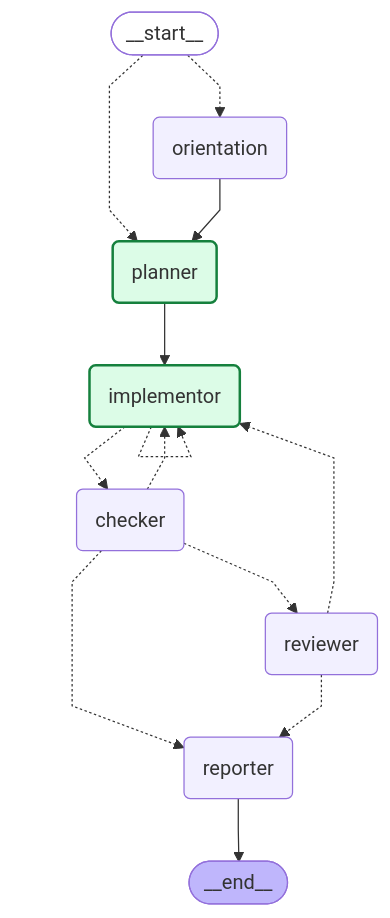
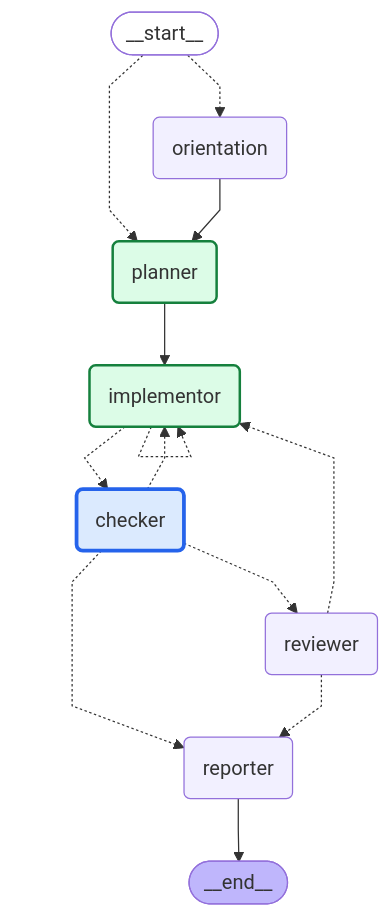
The diagram in runs/20260809-093247-e17260/graph.mmd (daniell0gda/hermes-feature-check-dashboard), drawn with Mermaid before and after one commit. The commit also changed 5 other files, not shown here.

```diff
--- a/runs/20260809-093247-e17260/graph.mmd
+++ b/runs/20260809-093247-e17260/graph.mmd
@@ -1,35 +1,36 @@
 ---
 config:
   flowchart:
     curve: linear
 ---
 graph TD;
 	__start__([<p>__start__</p>]):::first
 	orientation(orientation)
 	planner(planner)
 	implementor(implementor)
 	checker(checker)
 	reviewer(reviewer)
 	reporter(reporter)
 	__end__([<p>__end__</p>]):::last
 	__start__ -.-> orientation;
 	__start__ -.-> planner;
 	checker -.-> implementor;
 	checker -.-> reporter;
 	checker -.-> reviewer;
 	implementor -.-> checker;
 	orientation --> planner;
 	planner --> implementor;
 	reviewer -.-> implementor;
 	reviewer -.-> reporter;
 	reporter --> __end__;
 	implementor -.-> implementor;
 	classDef default fill:#f2f0ff,line-height:1.2
 	classDef first fill-opacity:0
 	classDef last fill:#bfb6fc
 
 classDef done fill:#dcfce7,stroke:#15803d,stroke-width:2px;
 classDef active fill:#dbeafe,stroke:#2563eb,stroke-width:3px;
 classDef failed fill:#fee2e2,stroke:#b42318,stroke-width:2px;
 class planner done;
 class implementor done;
+class checker active;
```
